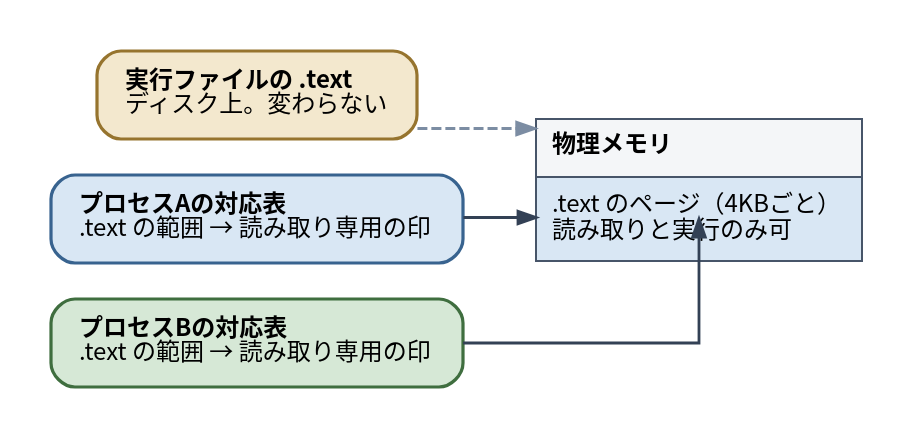
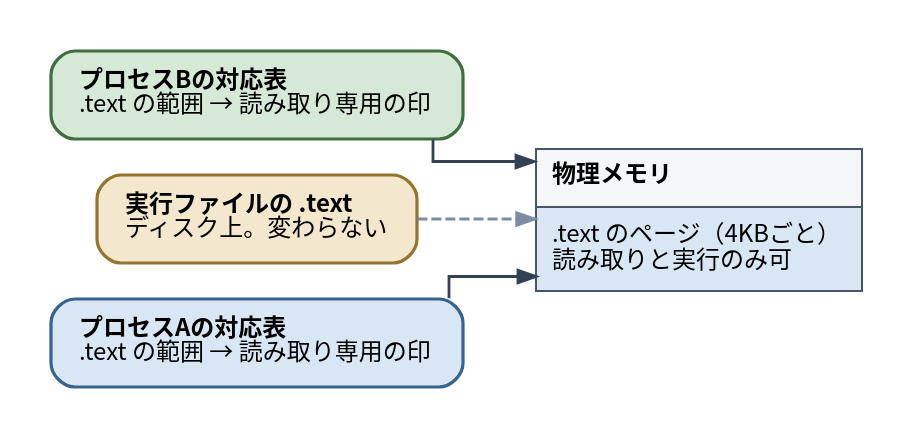
Before and after one commit to ymotongpoo/zenn.dev: the diagram in diagrams/go-ebpf-primer/20260820-text-page-sharing.dot, drawn with Graphviz. The commit also changed 25 other files, not shown here.

First line of the commit message:
fix: 矢印の貫通・先端埋没・角丸切れ・窮屈さを修正（13図）

```diff
--- a/diagrams/go-ebpf-primer/20260820-text-page-sharing.dot
+++ b/diagrams/go-ebpf-primer/20260820-text-page-sharing.dot
@@ -1,36 +1,36 @@
 // 同じ物理ページを共有する2つのプロセス
 digraph text_page_sharing {
   graph [
     rankdir=LR, splines=ortho,
     fontname="Harano Aji Gothic,Noto Sans CJK JP,IPAGothic", fontsize=13,
     bgcolor="white", pad=0.25
   ];
   node [
     fontname="Harano Aji Gothic,Noto Sans CJK JP,IPAGothic", fontsize=12,
     shape=box, style="rounded,filled",
     fillcolor="#F1F5F9", color="#475569", penwidth=1.6,
     margin="0.2,0.14"
   ];
   edge [
     fontname="Harano Aji Gothic,Noto Sans CJK JP,IPAGothic", fontsize=11,
     color="#334155", penwidth=1.4, arrowsize=0.9,
     fontcolor="#1E293B"
   ];
 
   pa [label=<<b>プロセスAの対応表</b><br align="left"/>.text の範囲 → 読み取り専用の印<br align="left"/>>, fillcolor="#D9E7F4", color="#38638F"];
   pb [label=<<b>プロセスBの対応表</b><br align="left"/>.text の範囲 → 読み取り専用の印<br align="left"/>>, fillcolor="#D6E8D6", color="#3F6E3F"];
 
   phys [shape=plain, style="", label=<
     <table border="0" cellborder="1" cellspacing="0" cellpadding="7" color="#475569">
       <tr><td align="left" bgcolor="#F4F6F8"><b>物理メモリ</b></td></tr>
       <tr><td port="pg" align="left" bgcolor="#D9E7F4">.text のページ（4KBごと）<br align="left"/>読み取りと実行のみ可<br align="left"/></td></tr>
     </table>>];
 
   file [label=<<b>実行ファイルの .text</b><br align="left"/>ディスク上。変わらない<br align="left"/>>, fillcolor="#F3E8CE", color="#96742E"];
 
   pa -> phys:pg:w;
-  pb -> phys:pg:w;
+  pb -> phys:w;
   file -> phys [style=dashed, color="#7C8DA3"];
 
   { rank=same; pa; pb; file; }
 }
```
